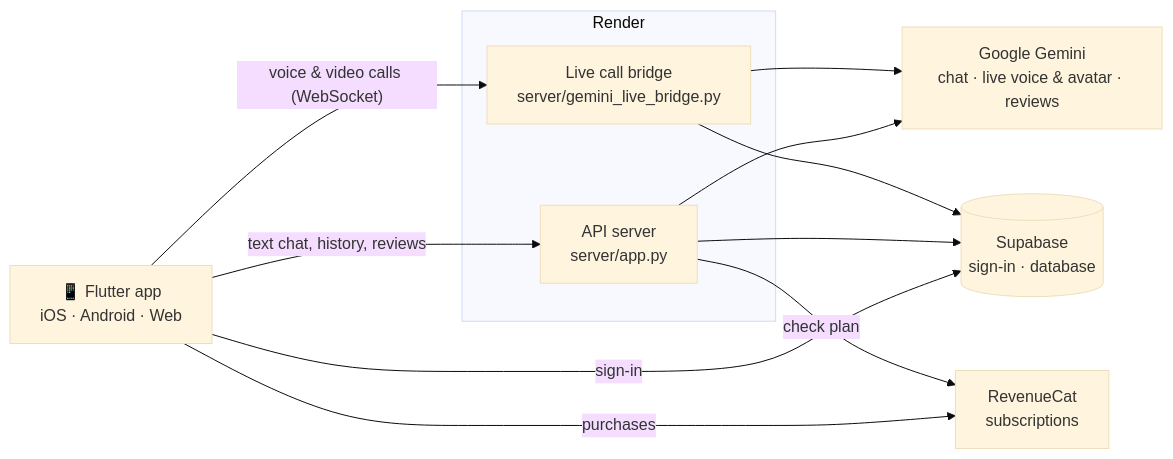
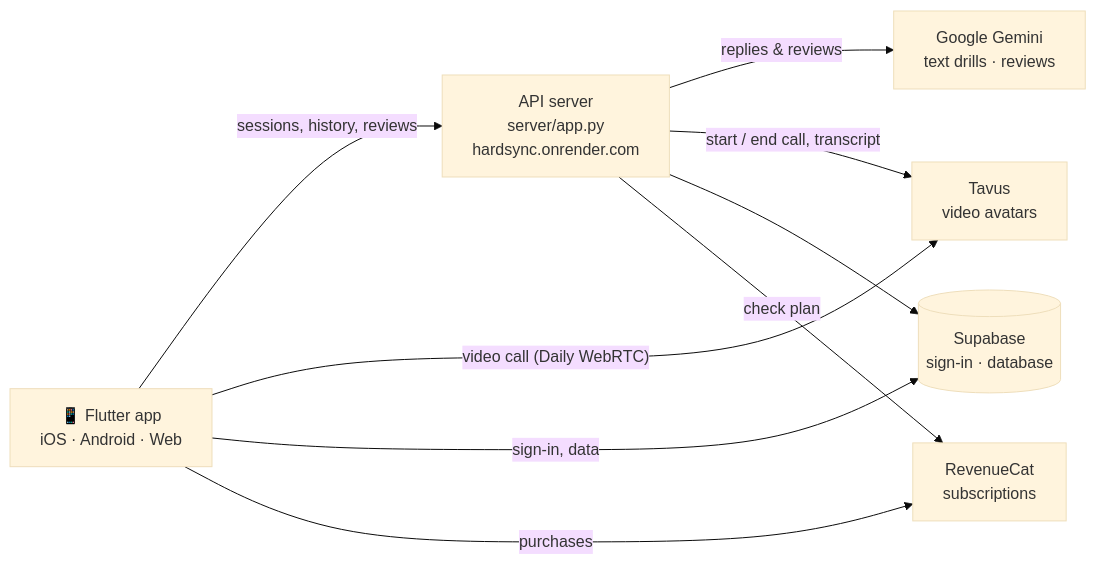
The diagram in README.md (vaishnavi-ch/hardsync), drawn with Mermaid (base theme) before and after one commit. The commit also changed other lines of this file and 3 other files, not shown here.

Commit message:
Correct README (Tavus video, no voice mode, Render, leftovers) and complete .env.example

````diff
--- a/README.md
+++ b/README.md
@@ -55,23 +53,18 @@
 ```mermaid
 flowchart LR
     App["📱 Flutter app<br/>iOS · Android · Web"]
-
-    subgraph Render["Render"]
-        API["API server<br/>server/app.py"]
-        Live["Live call bridge<br/>server/gemini_live_bridge.py"]
-    end
-
+    API["API server<br/>server/app.py<br/>hardsync.onrender.com"]
     Supabase[("Supabase<br/>sign-in · database")]
-    Gemini["Google Gemini<br/>chat · live voice & avatar · reviews"]
+    Gemini["Google Gemini<br/>text drills · reviews"]
+    Tavus["Tavus<br/>video avatars"]
     RC["RevenueCat<br/>subscriptions"]
 
-    App -- "text chat, history, reviews" --> API
-    App -- "voice & video calls (WebSocket)" --> Live
-    App -- "sign-in" --> Supabase
+    App -- "sessions, history, reviews" --> API
+    App -- "video call (Daily WebRTC)" --> Tavus
+    App -- "sign-in, data" --> Supabase
     App -- "purchases" --> RC
-    API --> Gemini
-    Live --> Gemini
+    API -- "replies & reviews" --> Gemini
+    API -- "start / end call, transcript" --> Tavus
     API --> Supabase
-    Live --> Supabase
     API -- "check plan" --> RC
 ```
````
